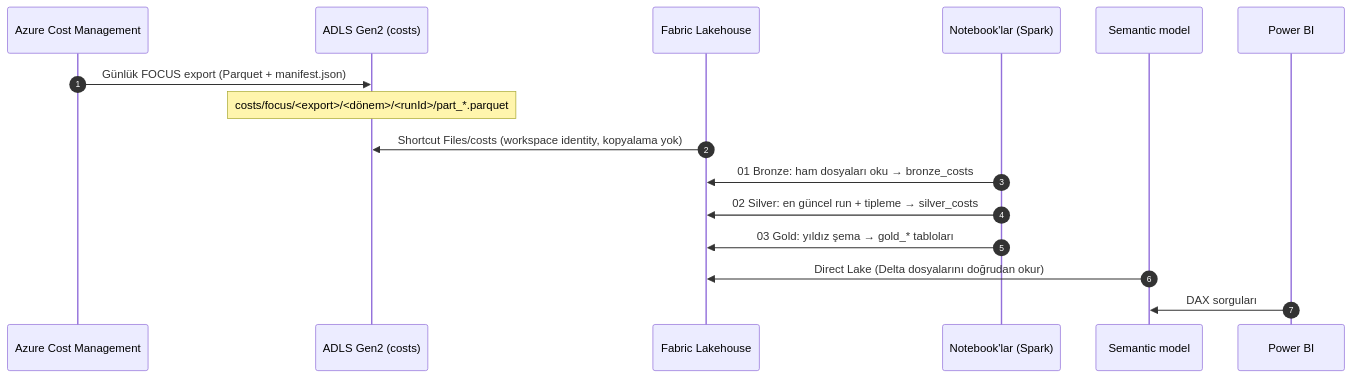
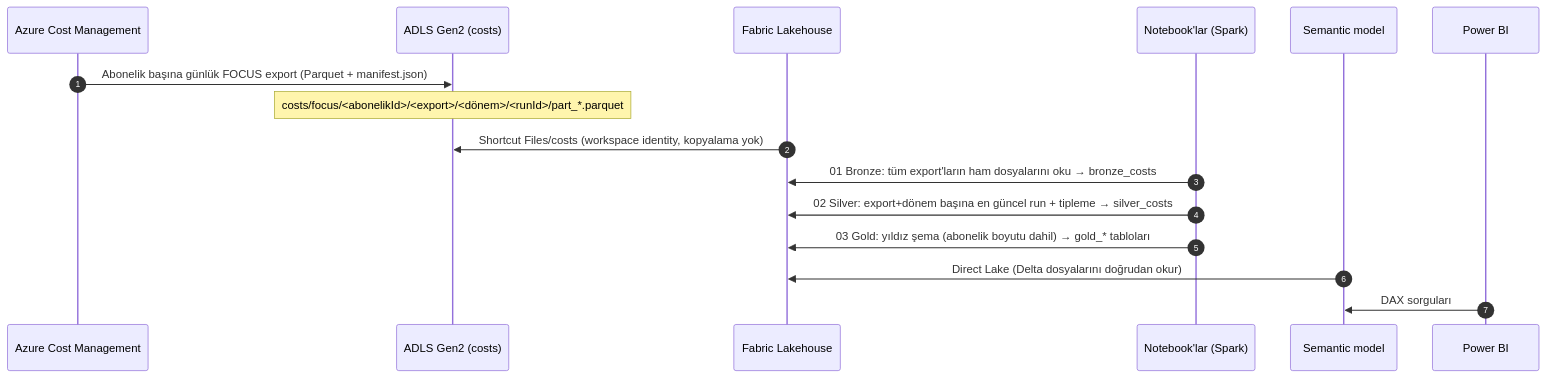
One commit to senem101/azure-cost-to-fabric changed the first of 2 diagrams in docs/01-mimari.md. Above: the diagram before and after it, drawn with Mermaid. The commit also changed other lines of this file and 18 other files, not shown here.

````diff
--- a/docs/01-mimari.md
+++ b/docs/01-mimari.md
@@ -14,19 +14,19 @@
 ```mermaid
 sequenceDiagram
     autonumber
     participant CM as Azure Cost Management
     participant ST as ADLS Gen2 (costs)
     participant LH as Fabric Lakehouse
     participant NB as Notebook'lar (Spark)
     participant SM as Semantic model
     participant PBI as Power BI
 
-    CM->>ST: Günlük FOCUS export (Parquet + manifest.json)
-    Note over ST: costs/focus/<export>/<dönem>/<runId>/part_*.parquet
+    CM->>ST: Abonelik başına günlük FOCUS export (Parquet + manifest.json)
+    Note over ST: costs/focus/<abonelikId>/<export>/<dönem>/<runId>/part_*.parquet
     LH->>ST: Shortcut Files/costs (workspace identity, kopyalama yok)
-    NB->>LH: 01 Bronze: ham dosyaları oku → bronze_costs
-    NB->>LH: 02 Silver: en güncel run + tipleme → silver_costs
-    NB->>LH: 03 Gold: yıldız şema → gold_* tabloları
+    NB->>LH: 01 Bronze: tüm export'ların ham dosyalarını oku → bronze_costs
+    NB->>LH: 02 Silver: export+dönem başına en güncel run + tipleme → silver_costs
+    NB->>LH: 03 Gold: yıldız şema (abonelik boyutu dahil) → gold_* tabloları
     SM->>LH: Direct Lake (Delta dosyalarını doğrudan okur)
     PBI->>SM: DAX sorguları
 ```
````
